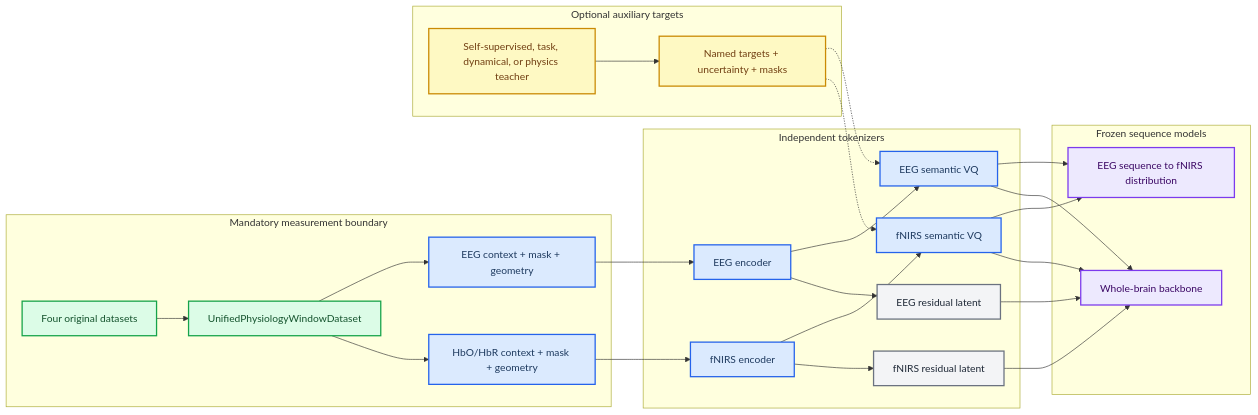
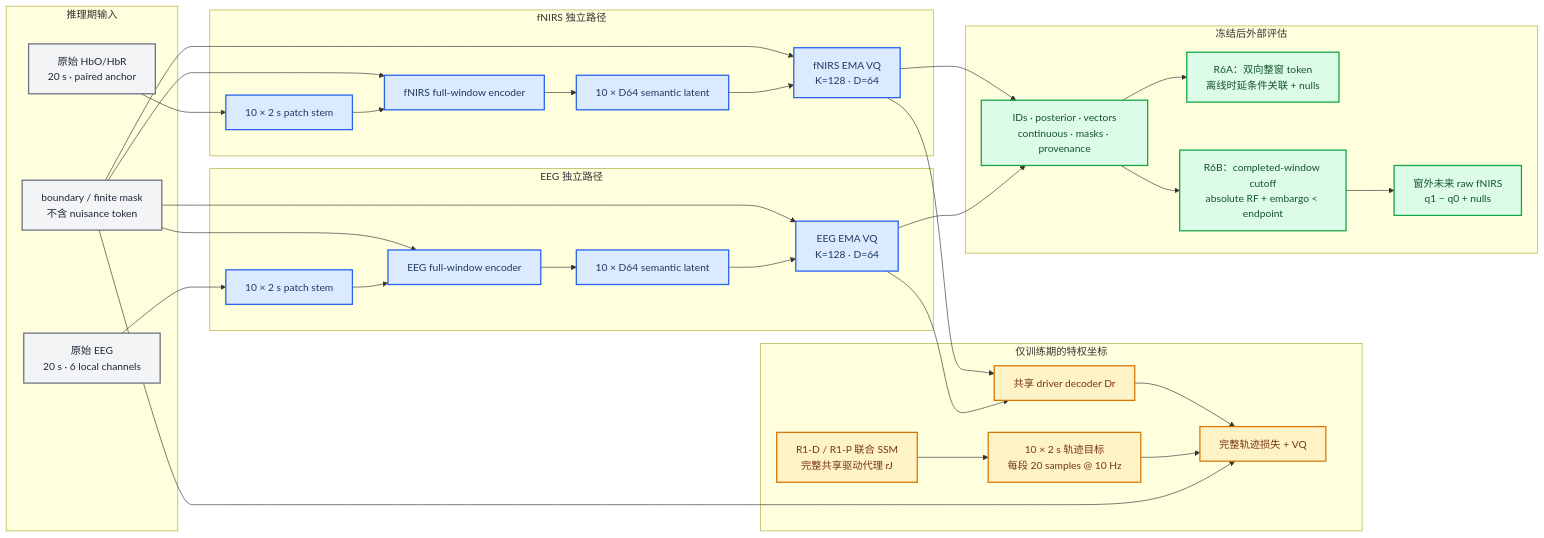
The diagram in docs/physiology_semantic_tokenizer/02_TARGET_ARCHITECTURE.md (Kevin65536/PID-MCM), drawn with Mermaid before and after one commit. The commit also changed other lines of this file and 32 other files, not shown here.

Commit message:
docs: return semantic architecture to shared-driver design

````diff
--- a/docs/physiology_semantic_tokenizer/02_TARGET_ARCHITECTURE.md
+++ b/docs/physiology_semantic_tokenizer/02_TARGET_ARCHITECTURE.md
@@ -39,45 +39,66 @@
 ```mermaid
 flowchart LR
-    accTitle: Physiology semantic tokenizer architecture
-    accDescr: The target architecture uses one unified measurement loader, independent modality semantic tokenizers, optional replaceable teachers, private residual paths, and frozen sequence models.
+    accTitle: Shared-Driver Semantic VQ 目标架构
+    accDescr: EEG 和 fNIRS 原始测量分别进入独立的整窗时序编码器和 K128 量化器，共用一个只在训练期使用的联合共享驱动代理轨迹目标；冻结后 R6A 离线关联与 R6B completed-window 预测是按主张选择的独立分支。
 
-    subgraph data_layer ["Mandatory measurement boundary"]
-        raw_records["Four original datasets"] --> unified_loader["UnifiedPhysiologyWindowDataset"]
-        unified_loader --> eeg_signal["EEG context + mask + geometry"]
-        unified_loader --> fnirs_signal["HbO/HbR context + mask + geometry"]
+    subgraph inputs["推理期输入"]
+        eeg["原始 EEG<br/>20 s · 6 local channels"]
+        fnirs["原始 HbO/HbR<br/>20 s · paired anchor"]
+        masks["boundary / finite mask<br/>不含 nuisance token"]
     end
 
-    subgraph tokenizer_layer ["Independent tokenizers"]
-        eeg_signal --> eeg_encoder["EEG encoder"] --> eeg_semantic["EEG semantic VQ"]
-        fnirs_signal --> fnirs_encoder["fNIRS encoder"] --> fnirs_semantic["fNIRS semantic VQ"]
-        eeg_encoder --> eeg_residual["EEG residual latent"]
-        fnirs_encoder --> fnirs_residual["fNIRS residual latent"]
+    subgraph eeg_path["EEG 独立路径"]
+        eeg_patch["10 × 2 s patch stem"]
+        eeg_context["EEG full-window encoder"]
+        eeg_latent["10 × D64 semantic latent"]
+        eeg_vq["EEG EMA VQ<br/>K=128 · D=64"]
     end
 
-    subgraph auxiliary_layer ["Optional auxiliary targets"]
-        teacher_bank["Self-supervised, task, dynamical, or physics teacher"] --> auxiliary_targets["Named targets + uncertainty + masks"]
-    end
-    auxiliary_targets -.-> eeg_semantic
-    auxiliary_targets -.-> fnirs_semantic
-
-    subgraph sequence_layer ["Frozen sequence models"]
-        eeg_semantic --> coupling_head["EEG sequence to fNIRS distribution"]
-        fnirs_semantic --> coupling_head
-        eeg_semantic --> wholebrain_model["Whole-brain backbone"]
-        fnirs_semantic --> wholebrain_model
-        eeg_residual --> wholebrain_model
-        fnirs_residual --> wholebrain_model
+    subgraph fnirs_path["fNIRS 独立路径"]
+        fnirs_patch["10 × 2 s patch stem"]
+        fnirs_context["fNIRS full-window encoder"]
+        fnirs_latent["10 × D64 semantic latent"]
+        fnirs_vq["fNIRS EMA VQ<br/>K=128 · D=64"]
     end
 
-    classDef data fill:#dcfce7,stroke:#16a34a,stroke-width:2px,color:#14532d
-    classDef teacher fill:#fef9c3,stroke:#ca8a04,stroke-width:2px,color:#713f12
-    classDef tokenizer fill:#dbeafe,stroke:#2563eb,stroke-width:2px,color:#1e3a5f
-    classDef residual fill:#f3f4f6,stroke:#6b7280,stroke-width:2px,color:#1f2937
-    classDef sequence fill:#ede9fe,stroke:#7c3aed,stroke-width:2px,color:#3b0764
+    subgraph privileged["仅训练期的特权坐标"]
+        joint_teacher["R1-D / R1-P 联合 SSM<br/>完整共享驱动代理 rJ"]
+        target_split["10 × 2 s 轨迹目标<br/>每段 20 samples @ 10 Hz"]
+        driver_decoder["共享 driver decoder Dr"]
+        loss["完整轨迹损失 + VQ"]
+    end
 
-    class raw_records,unified_loader data
-    class teacher_bank,auxiliary_targets teacher
-    class eeg_signal,eeg_encoder,eeg_semantic,fnirs_signal,fnirs_encoder,fnirs_semantic tokenizer
-    class eeg_residual,fnirs_residual residual
-    class coupling_head,wholebrain_model sequence
+    subgraph evaluation["冻结后外部评估"]
+        export["IDs · posterior · vectors<br/>continuous · masks · provenance"]
+        offline["R6A：双向整窗 token<br/>离线时延条件关联 + nulls"]
+        cutoff["R6B：completed-window cutoff<br/>absolute RF + embargo < endpoint"]
+        future["窗外未来 raw fNIRS<br/>q1 − q0 + nulls"]
+    end
+
+    eeg --> eeg_patch --> eeg_context --> eeg_latent --> eeg_vq
+    fnirs --> fnirs_patch --> fnirs_context --> fnirs_latent --> fnirs_vq
+    masks --> eeg_vq
+    masks --> fnirs_vq
+    masks --> eeg_context
+    masks --> fnirs_context
+    masks --> loss
+
+    joint_teacher --> target_split --> loss
+    eeg_vq --> driver_decoder --> loss
+    fnirs_vq --> driver_decoder
+
+    eeg_vq --> export
+    fnirs_vq --> export
+    export --> offline
+    export --> cutoff --> future
+
+    classDef measured fill:#f3f4f6,stroke:#6b7280,stroke-width:2px,color:#1f2937
+    classDef model fill:#dbeafe,stroke:#2563eb,stroke-width:2px,color:#1e3a5f
+    classDef teacher fill:#fef3c7,stroke:#d97706,stroke-width:2px,color:#78350f
+    classDef evaluationClass fill:#dcfce7,stroke:#16a34a,stroke-width:2px,color:#14532d
+
+    class eeg,fnirs,masks measured
+    class eeg_patch,eeg_context,eeg_latent,eeg_vq,fnirs_patch,fnirs_context,fnirs_latent,fnirs_vq model
+    class joint_teacher,target_split,driver_decoder,loss teacher
+    class export,offline,cutoff,future evaluationClass
 ```
````
